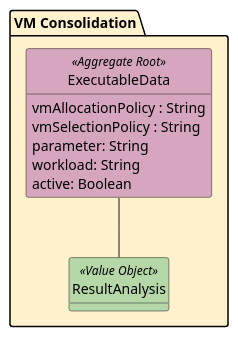
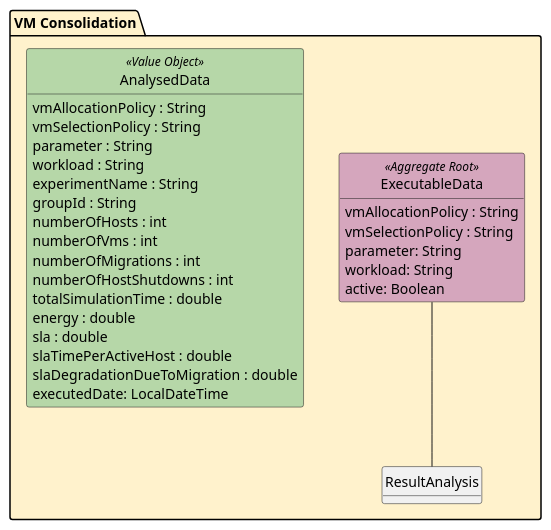
The diagram in doc/domain-model.puml (zenara/backend-workload-analysis), drawn with PlantUML before and after one commit.

Commit message:
feat: domain model changes

```diff
--- a/doc/domain-model.puml
+++ b/doc/domain-model.puml
@@ -1,21 +1,36 @@
 @startuml
 hide circle
 hide methods
 
 folder "VM Consolidation" as BillingRoundSpecificationFolder #FFF2CC {
     class ExecutableData <<Aggregate Root>> #D5A6BD {
         vmAllocationPolicy : String
         vmSelectionPolicy : String
         parameter: String
         workload: String
         active: Boolean
     }
 
-    class ResultAnalysis <<Value Object>> #B6D7A8 {
-
+    class AnalysedData <<Value Object>> #B6D7A8 {
+         vmAllocationPolicy : String
+         vmSelectionPolicy : String
+         parameter : String
+         workload : String
+         experimentName : String
+         groupId : String
+         numberOfHosts : int
+         numberOfVms : int
+         numberOfMigrations : int
+         numberOfHostShutdowns : int
+         totalSimulationTime : double
+         energy : double
+         sla : double
+         slaTimePerActiveHost : double
+         slaDegradationDueToMigration : double
+         executedDate: LocalDateTime
     }
 
     ExecutableData -- ResultAnalysis
 }
 
 @enduml
```
